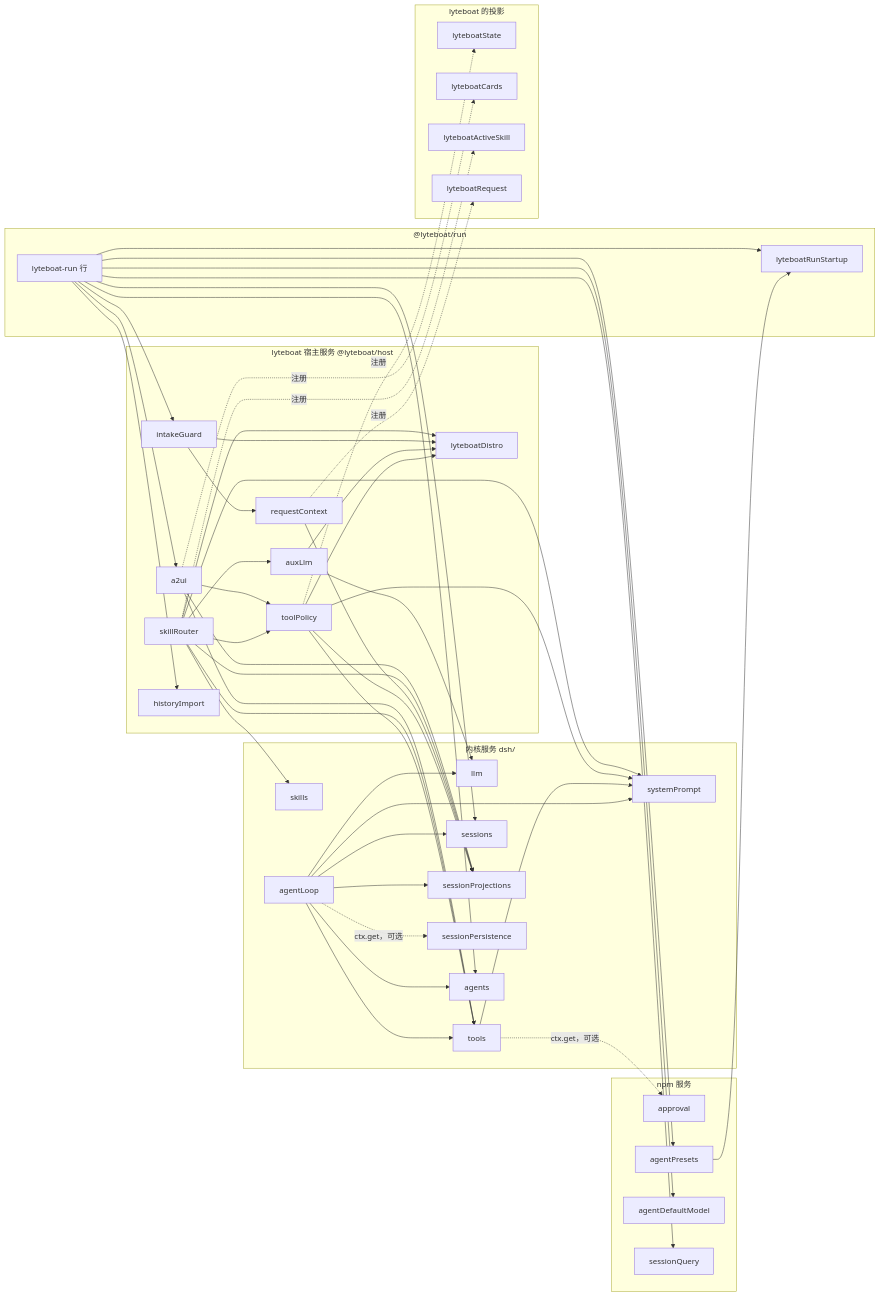
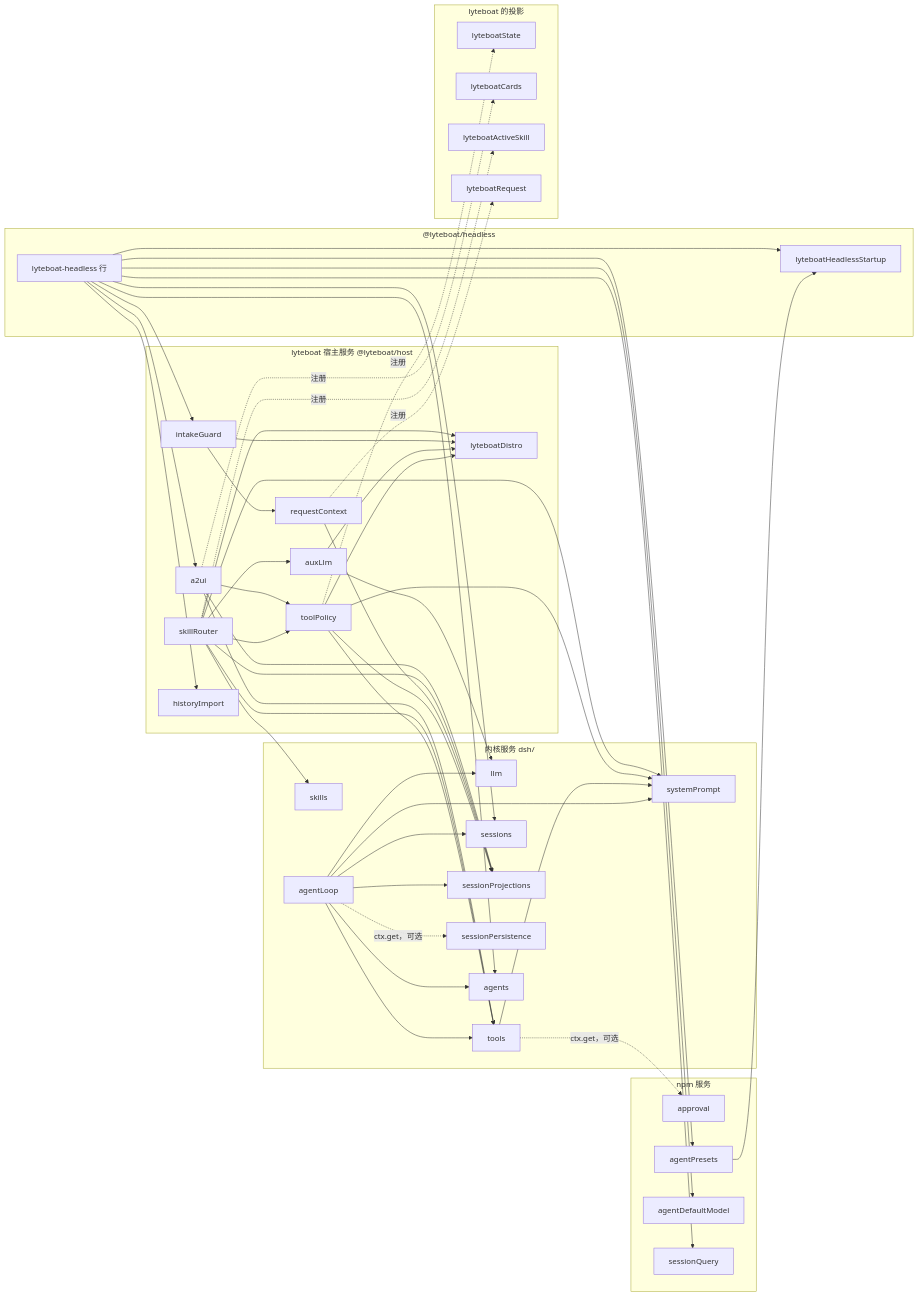
One commit to lyteboat/boat changed the third of 11 diagrams in docs/01-architecture.md. Above: the diagram before and after it, drawn with Mermaid. The commit also changed other lines of this file and 61 other files, not shown here.

First line of the commit message:
F3-S1: lyteboat — `run` becomes `headless`, as dsh names its one-shot mode

````diff
--- a/docs/01-architecture.md
+++ b/docs/01-architecture.md
@@ -153,56 +153,56 @@
 ```mermaid
 flowchart LR
   subgraph KS["内核服务 dsh/"]
     llm["llm"]
     tools["tools"]
     skills["skills"]
     sessions["sessions"]
     sp["systemPrompt"]
     proj["sessionProjections"]
     persist["sessionPersistence"]
     agentsS["agents"]
     loop["agentLoop"]
   end
   subgraph NS["npm 服务"]
     approval["approval"]
     presets["agentPresets"]
     dm["agentDefaultModel"]
     sq["sessionQuery"]
   end
   subgraph BS["lyteboat 宿主服务 @lyteboat/host"]
     distro["lyteboatDistro"]
     tp["toolPolicy"]
     aux["auxLlm"]
     rc["requestContext"]
     ig["intakeGuard"]
     sr["skillRouter"]
     a2ui["a2ui"]
     hi["historyImport"]
   end
-  subgraph RS["@lyteboat/run"]
-    startup["lyteboatRunStartup"]
-    runner["lyteboat-run 行"]
+  subgraph RS["@lyteboat/headless"]
+    startup["lyteboatHeadlessStartup"]
+    runner["lyteboat-headless 行"]
   end
   subgraph PS["lyteboat 的投影"]
     pState["lyteboatState"]
     pCards["lyteboatCards"]
     pSkill["lyteboatActiveSkill"]
     pReq["lyteboatRequest"]
   end
   loop --> agentsS & sessions & llm & tools & sp & proj
   tools --> sp
   tp --> tools & proj & sp & distro
   aux --> llm & distro
   rc --> proj
   ig --> rc & distro
   sr --> skills & aux & proj & sp & tools & tp & distro
   a2ui --> tools & tp & proj
   presets --> startup
   runner --> dm & agentsS & presets & sessions & sq & hi & a2ui & ig & startup
   tp -.->|"注册"| pState
   a2ui -.->|"注册"| pCards
   sr -.->|"注册"| pSkill
   rc -.->|"注册"| pReq
   tools -.->|"ctx.get，可选"| approval
   loop -.->|"ctx.get，可选"| persist
 ```
````
